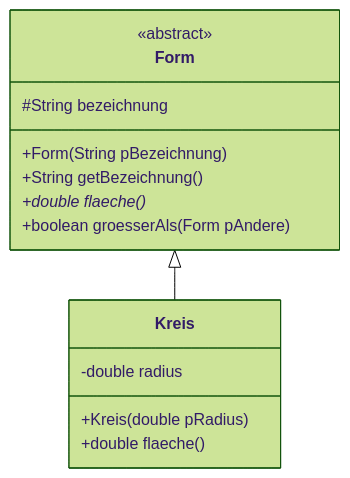
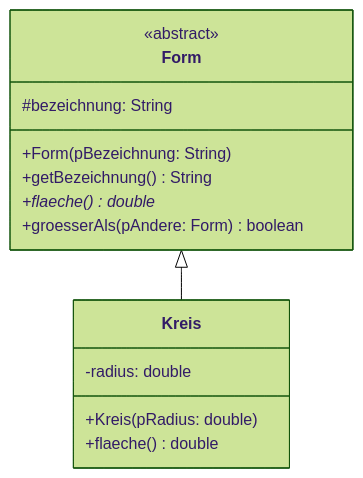
The first of 3 diagrams in book/oberstufe/oop/02-erweiterungen/01-vertiefte-objektorientierung/05-abstrakte-klassen.md (openpatch/hyperbook-informatik), drawn with Mermaid (forest theme) before and after one commit. The commit also changed other lines of this file and 19 other files, not shown here.

Commit message:
richtige implementationsdiagramme

````diff
--- a/book/oberstufe/oop/02-erweiterungen/01-vertiefte-objektorientierung/05-abstrakte-klassen.md
+++ b/book/oberstufe/oop/02-erweiterungen/01-vertiefte-objektorientierung/05-abstrakte-klassen.md
@@ -164,17 +164,17 @@
 ```mermaid
 classDiagram
     class Form {
         <<abstract>>
-        #String bezeichnung
-        +Form(String pBezeichnung)
-        +String getBezeichnung()
-        +double flaeche()*
-        +boolean groesserAls(Form pAndere)
+        #bezeichnung: String
+        +Form(pBezeichnung: String)
+        +getBezeichnung() String
+        +flaeche() double*
+        +groesserAls(pAndere: Form) boolean
     }
     class Kreis {
-        -double radius
-        +Kreis(double pRadius)
-        +double flaeche()
+        -radius: double
+        +Kreis(pRadius: double)
+        +flaeche() double
     }
     Form <|-- Kreis
 ```
````
